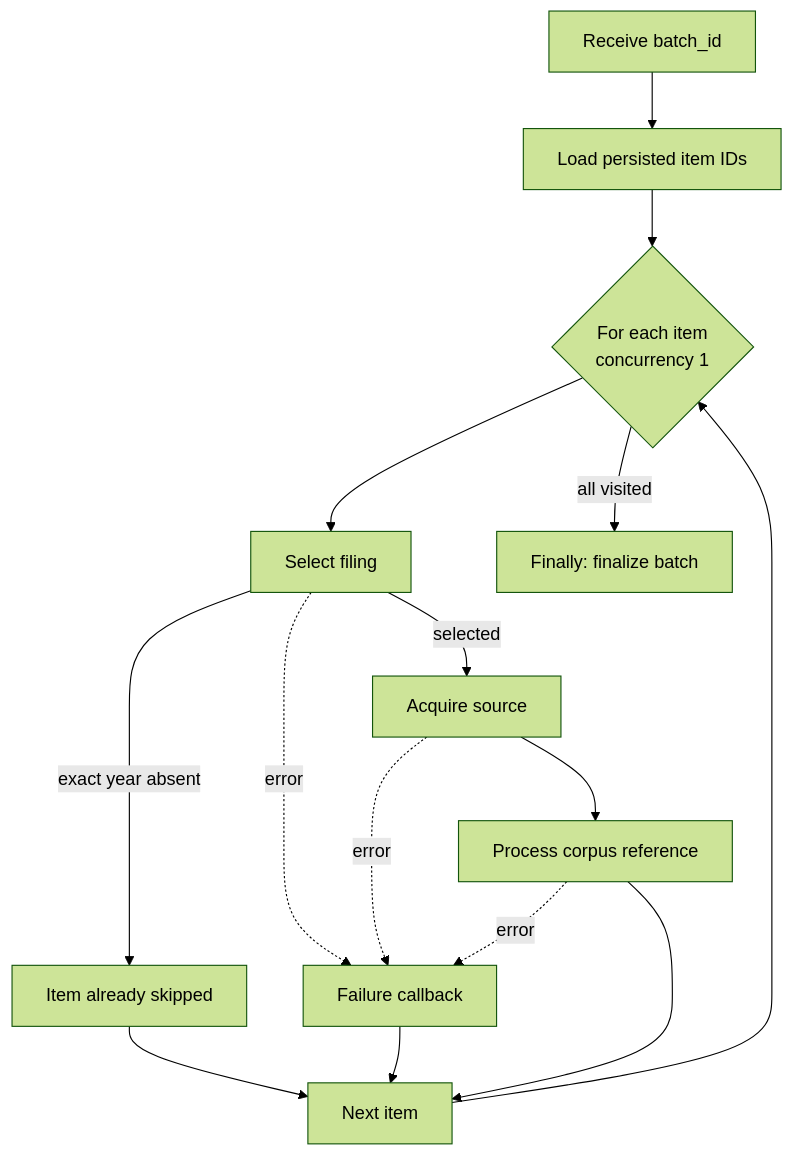
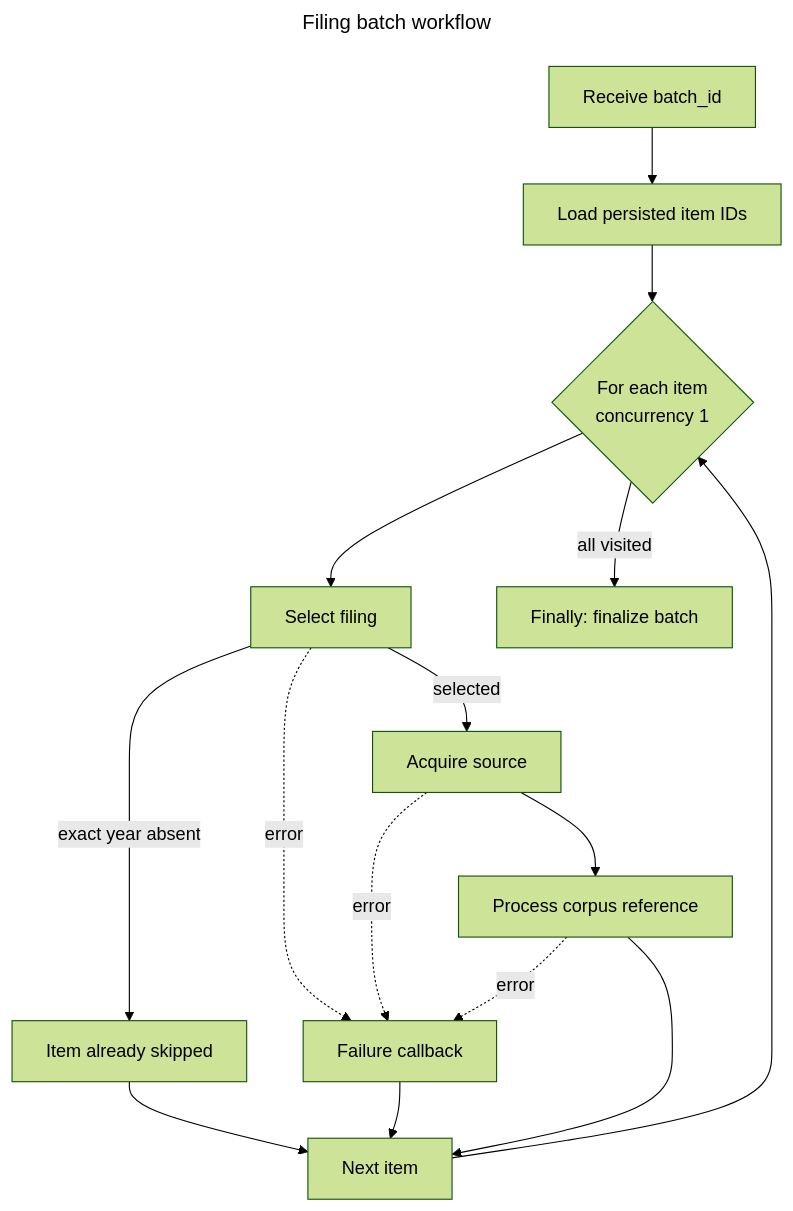
The second of 4 diagrams in docs/orchestration.md (hongchit/sec-filing-rag-poc), drawn with Mermaid (forest theme) before and after one commit. The commit also changed other lines of this file and 43 other files, not shown here.

````diff
--- a/docs/orchestration.md
+++ b/docs/orchestration.md
@@ -25,17 +28,20 @@
 ```mermaid
+---
+title: Filing batch workflow
+---
 flowchart TD
   S[Receive batch_id] --> L[Load persisted item IDs]
   L --> F{For each item<br/>concurrency 1}
   F --> SE[Select filing]
   SE -->|selected| AC[Acquire source]
   AC --> PR[Process corpus reference]
   SE -->|exact year absent| SK[Item already skipped]
   SE -. error .-> ER[Failure callback]
   AC -. error .-> ER
   PR -. error .-> ER
   SK --> N[Next item]
   ER --> N
   PR --> N
   N --> F
   F -->|all visited| FI[Finally: finalize batch]
 ```
````
